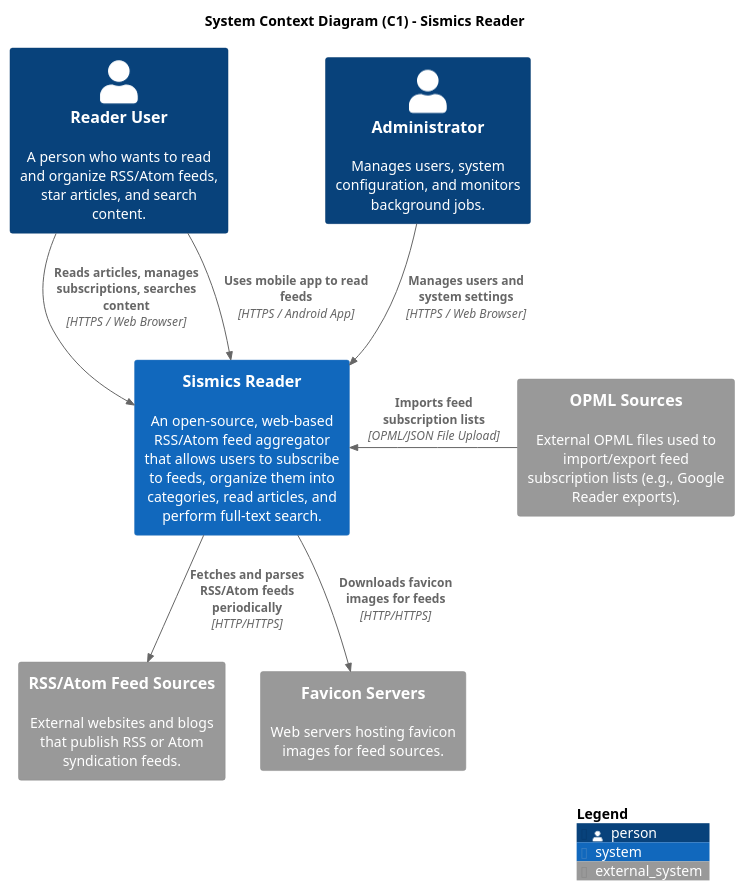
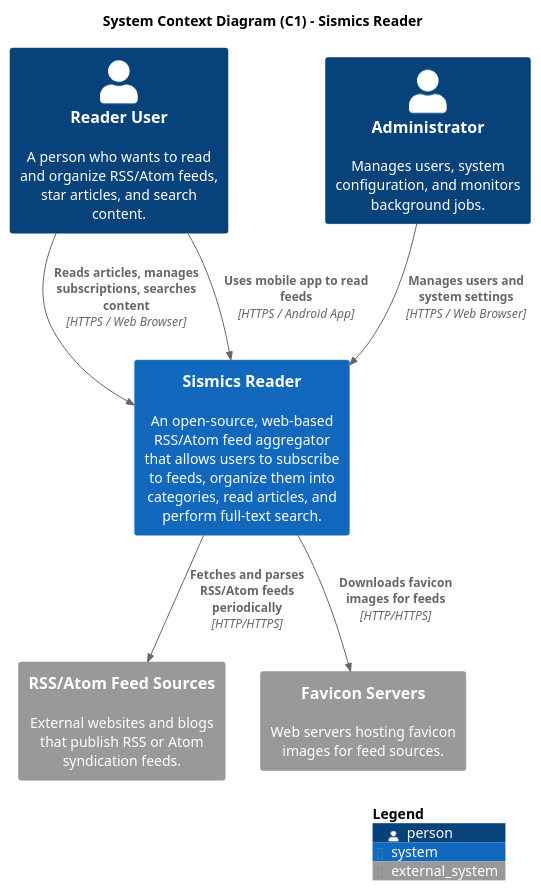
Before and after one commit to dhruv10050/reader: the diagram in c1.puml, drawn with PlantUML. The commit also changed 8 other files, not shown here.

First line of the commit message:
Fix diagram and ADR mistakes: jQuery not AngularJS, remove non-container elements from C2, remove OPML from C1, correct Docker module status in ADR_6, regenerate PNGs, rebuild zip

```diff
--- a/c1.puml
+++ b/c1.puml
@@ -1,23 +1,20 @@
 @startuml C1_Context_Diagram
 !include <C4/C4_Context>
 
 title System Context Diagram (C1) - Sismics Reader
 
 Person(user, "Reader User", "A person who wants to read and organize RSS/Atom feeds, star articles, and search content.")
 Person(admin, "Administrator", "Manages users, system configuration, and monitors background jobs.")
 
 System(reader, "Sismics Reader", "An open-source, web-based RSS/Atom feed aggregator that allows users to subscribe to feeds, organize them into categories, read articles, and perform full-text search.")
 
 System_Ext(rss_feeds, "RSS/Atom Feed Sources", "External websites and blogs that publish RSS or Atom syndication feeds.")
 System_Ext(favicon_servers, "Favicon Servers", "Web servers hosting favicon images for feed sources.")
-System_Ext(opml_sources, "OPML Sources", "External OPML files used to import/export feed subscription lists (e.g., Google Reader exports).")
-
 Rel(user, reader, "Reads articles, manages subscriptions, searches content", "HTTPS / Web Browser")
 Rel(admin, reader, "Manages users and system settings", "HTTPS / Web Browser")
 Rel(reader, rss_feeds, "Fetches and parses RSS/Atom feeds periodically", "HTTP/HTTPS")
 Rel(reader, favicon_servers, "Downloads favicon images for feeds", "HTTP/HTTPS")
 Rel(user, reader, "Uses mobile app to read feeds", "HTTPS / Android App")
-Rel_L(opml_sources, reader, "Imports feed subscription lists", "OPML/JSON File Upload")
 
 SHOW_LEGEND()
 @enduml
```
